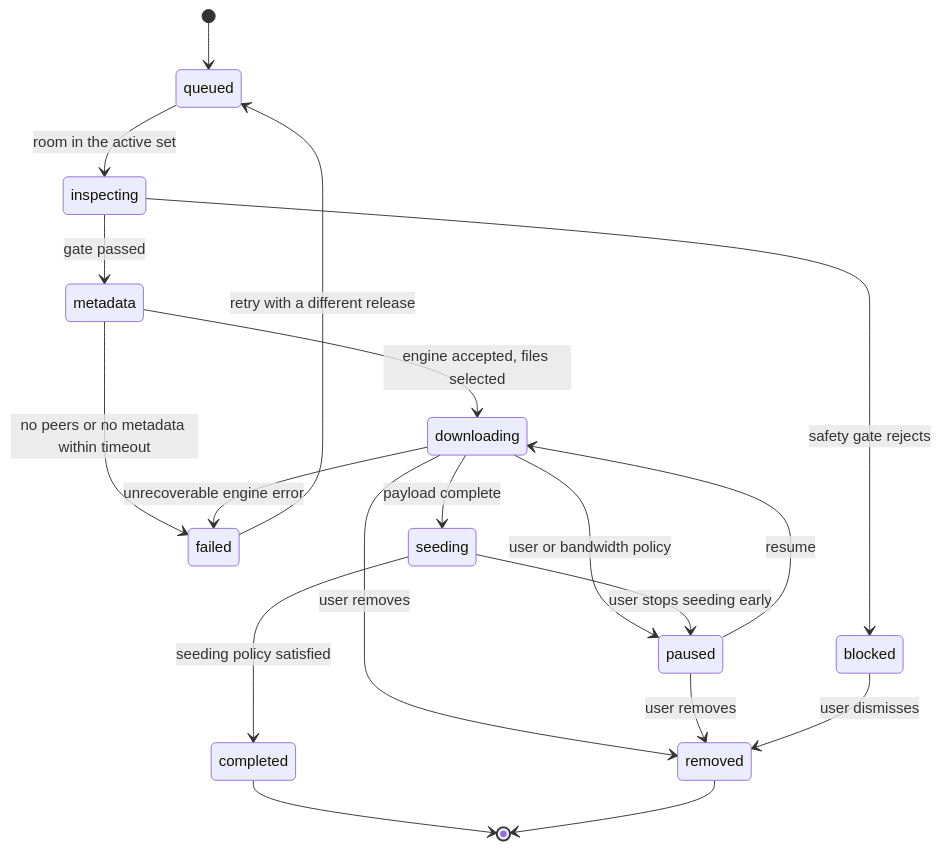
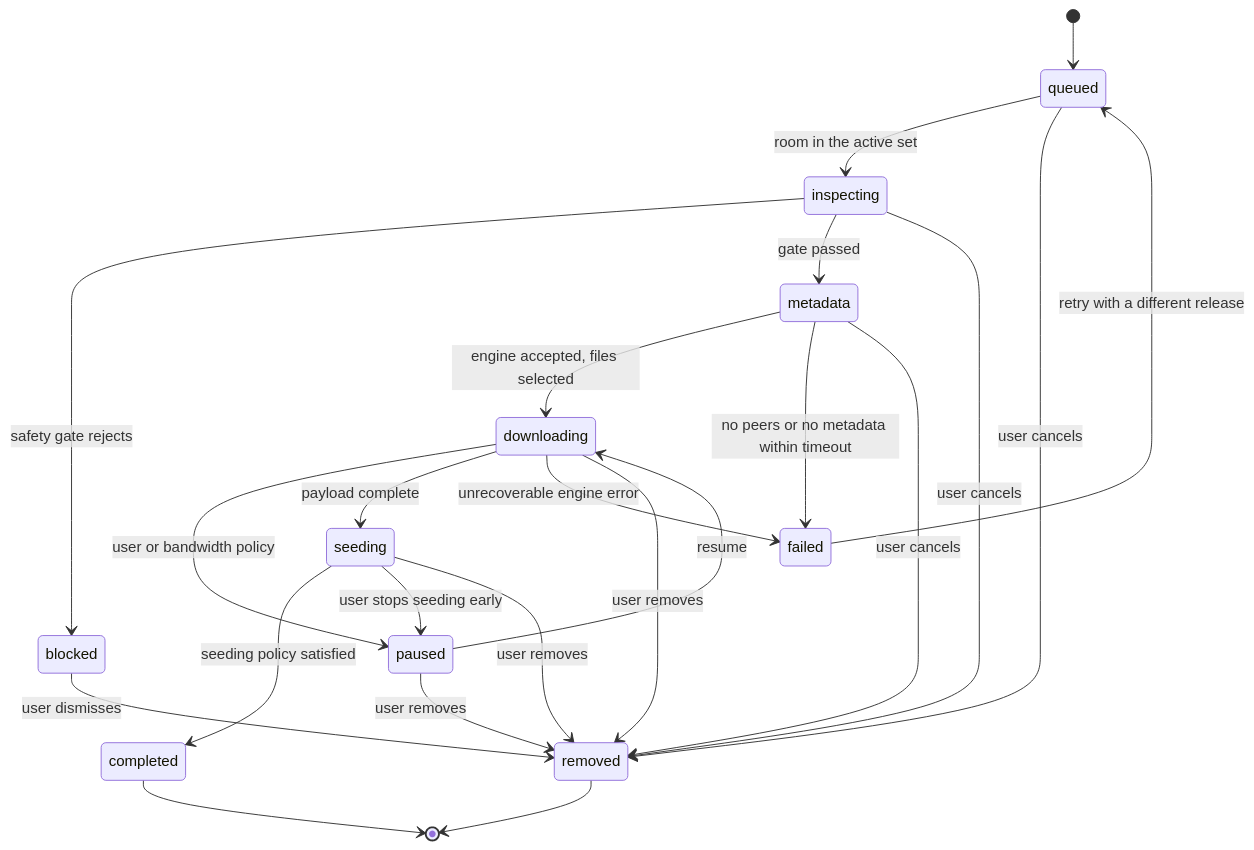
Diagram 17 of 20 in docs/FLOWS.md (DavidNgugi/peregrine), drawn with Mermaid before and after one commit. The commit also changed other lines of this file and 2 other files, not shown here.

First line of the commit message:
docs(flows): a queued download must be cancellable, and the gate has no warn level

````diff
--- a/docs/FLOWS.md
+++ b/docs/FLOWS.md
@@ -821,21 +822,25 @@
 ```mermaid
 stateDiagram-v2
     [*] --> queued
     queued --> inspecting: room in the active set
     inspecting --> blocked: safety gate rejects
     inspecting --> metadata: gate passed
     metadata --> downloading: engine accepted, files selected
     metadata --> failed: no peers or no metadata within timeout
     downloading --> paused: user or bandwidth policy
     paused --> downloading: resume
     downloading --> seeding: payload complete
     downloading --> failed: unrecoverable engine error
     seeding --> completed: seeding policy satisfied
     seeding --> paused: user stops seeding early
     downloading --> removed: user removes
     paused --> removed: user removes
     blocked --> removed: user dismisses
+    queued --> removed: user cancels
+    inspecting --> removed: user cancels
+    metadata --> removed: user cancels
+    seeding --> removed: user removes
     failed --> queued: retry with a different release
     completed --> [*]
     removed --> [*]
 ```
````
